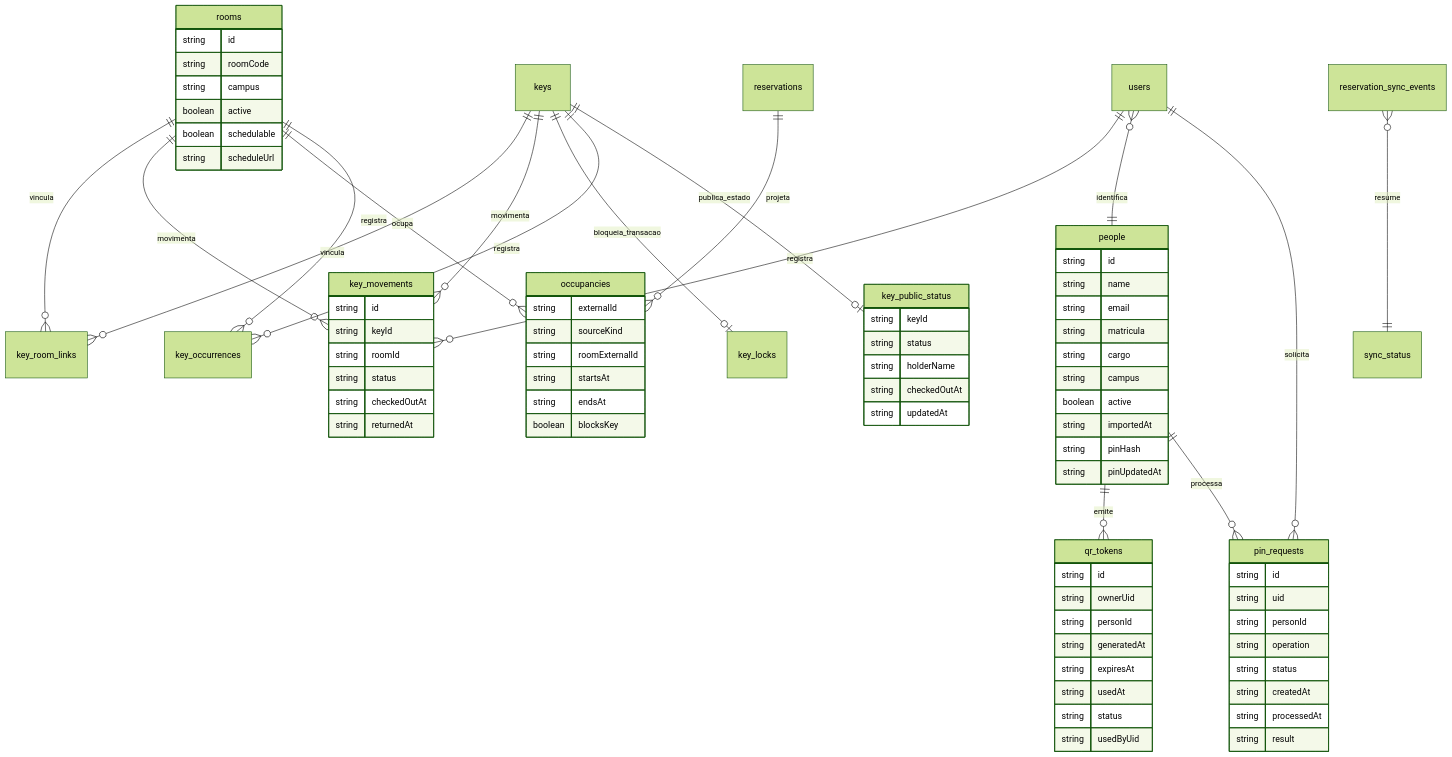
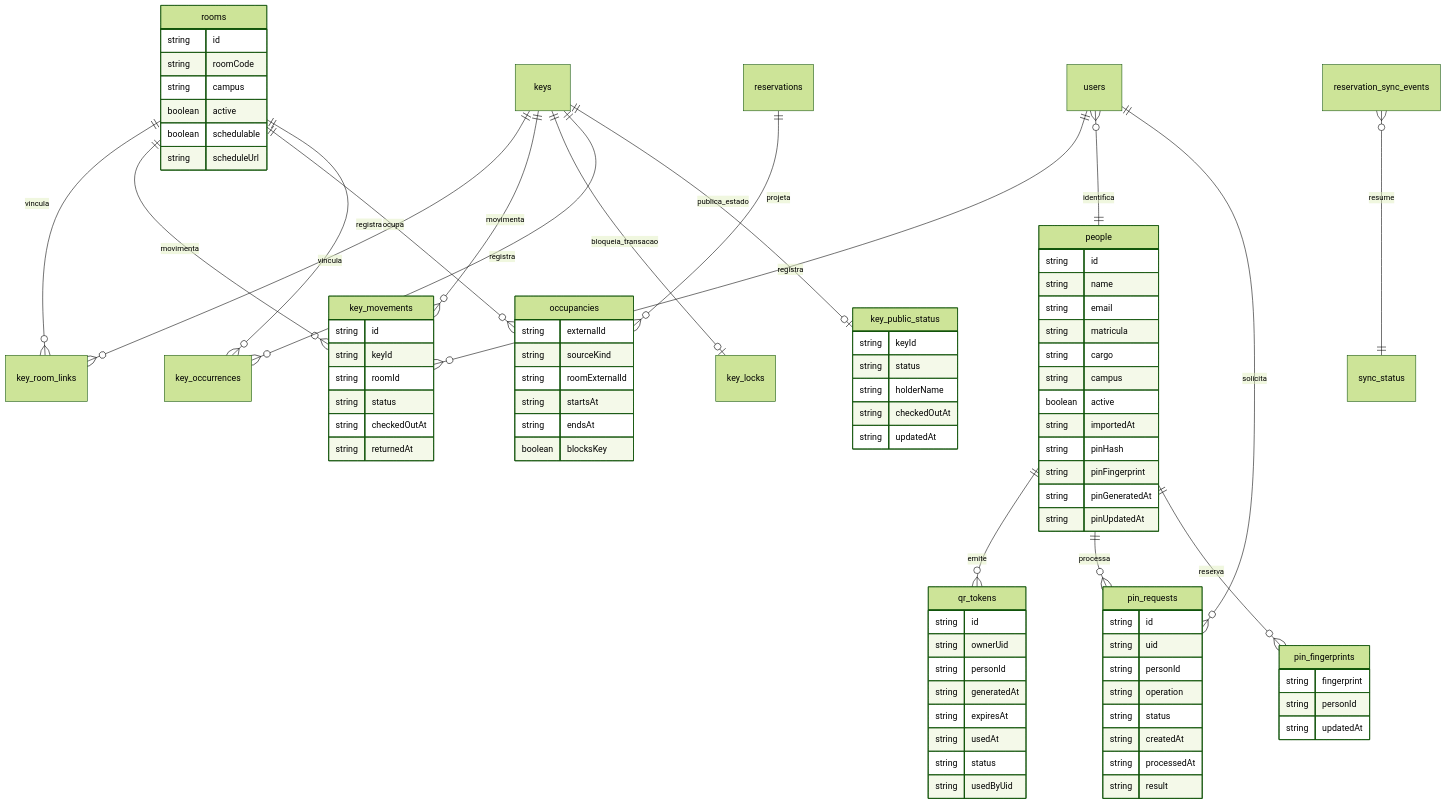
Before and after one commit to jacsonlinux/chaveiro-ifbaps: diagram 14 of 17 in docs/diagramas.md, drawn with Mermaid (forest theme). The commit also changed other lines of this file and 16 other files, not shown here.

```diff
--- a/docs/diagramas.md
+++ b/docs/diagramas.md
@@ -299,6 +299,7 @@
     people ||--o{ qr_tokens : emite
     users ||--o{ pin_requests : solicita
     people ||--o{ pin_requests : processa
+    people ||--o{ pin_fingerprints : reserva
 
     people {
       string id
@@ -310,6 +311,8 @@
       boolean active
       string importedAt
       string pinHash
+      string pinFingerprint
+      string pinGeneratedAt
       string pinUpdatedAt
     }
 
@@ -333,6 +336,12 @@
       string createdAt
       string processedAt
       string result
+    }
+
+    pin_fingerprints {
+      string fingerprint
+      string personId
+      string updatedAt
     }
 
     key_public_status {
```
